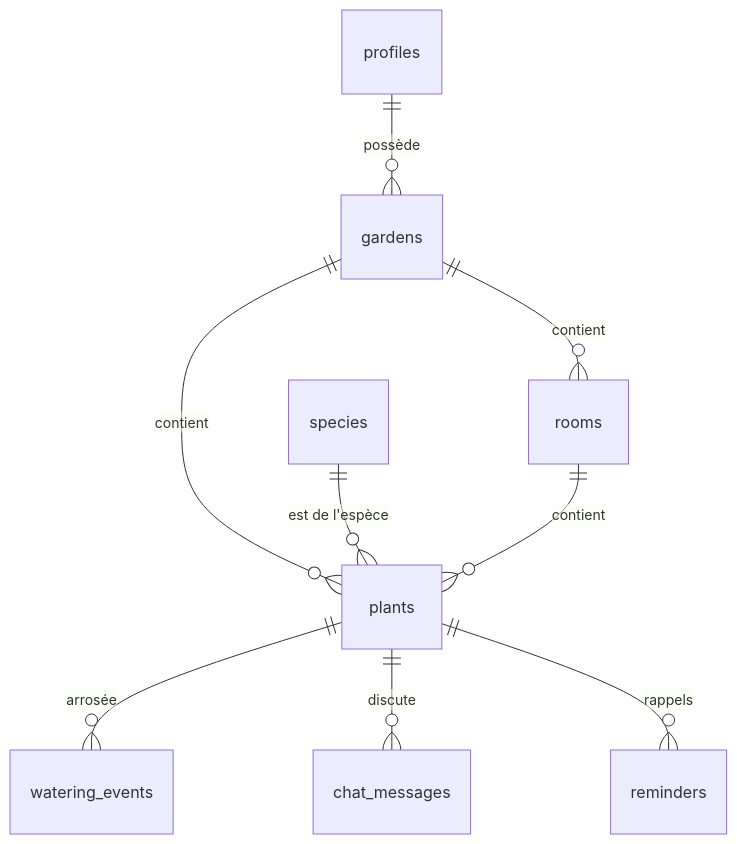
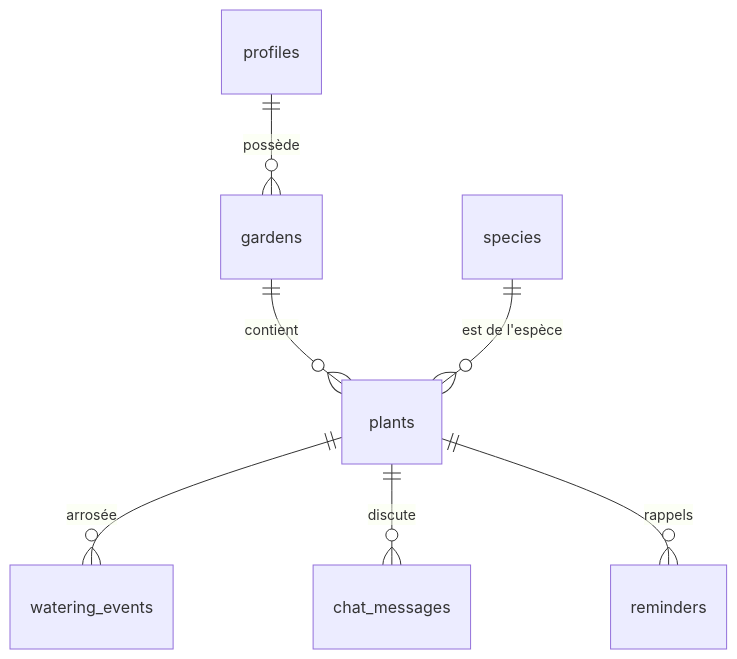
Before and after one commit to DimKlen/Zeve: the diagram in docs/07-donnees-backend.md, drawn with Mermaid. The commit also changed other lines of this file and 52 other files, not shown here.

````diff
--- a/docs/07-donnees-backend.md
+++ b/docs/07-donnees-backend.md
@@ -9,11 +9,9 @@
 ```mermaid
 erDiagram
   profiles ||--o{ gardens : possède
-  gardens ||--o{ rooms : contient
   gardens ||--o{ plants : contient
   species ||--o{ plants : "est de l'espèce"
-  rooms ||--o{ plants : contient
   plants ||--o{ watering_events : "arrosée"
   plants ||--o{ chat_messages : "discute"
   plants ||--o{ reminders : "rappels"
 ```
````
